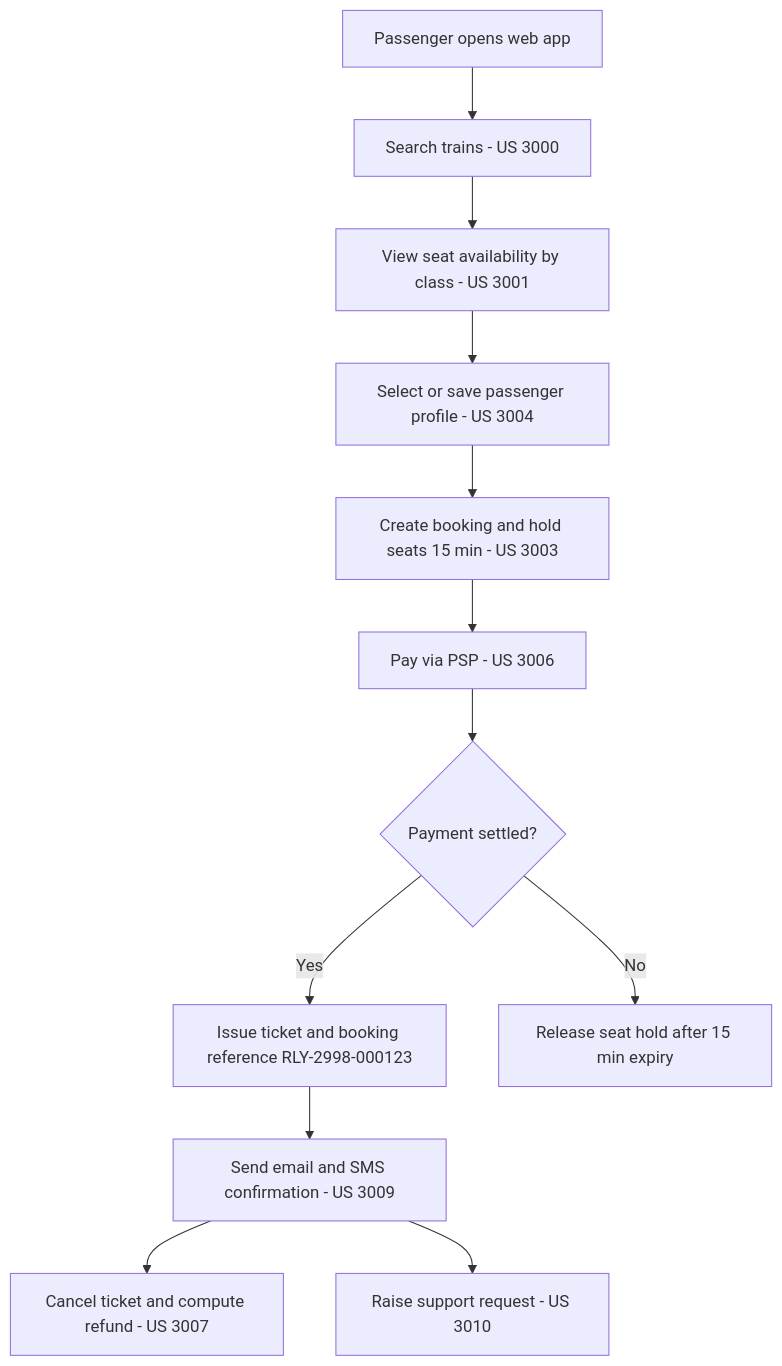
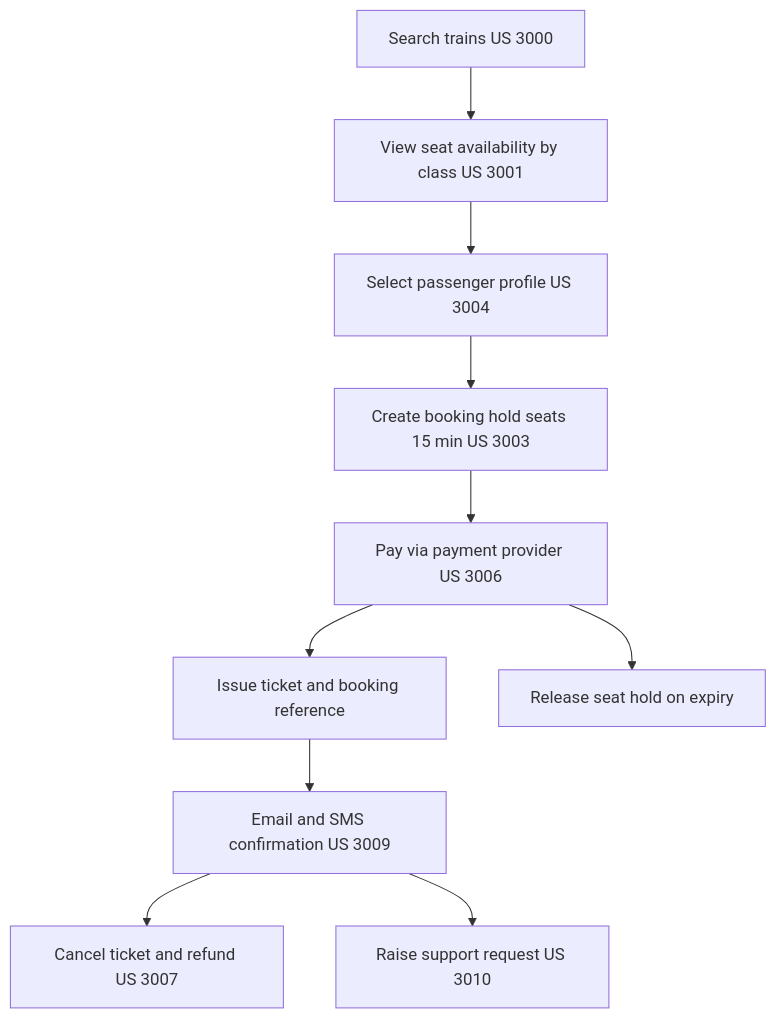
The diagram in docs/architecture/epic-2998/high-level-flow.mmd (Mandeep-Kaur-Johar/sdlc-online-railway-ticketing-system), drawn with Mermaid before and after one commit.

Commit message:
docs: re-render high-level flow diagram for Epic 2998

```diff
--- a/docs/architecture/epic-2998/high-level-flow.mmd
+++ b/docs/architecture/epic-2998/high-level-flow.mmd
@@ -1,18 +1,17 @@
 flowchart TD
-    Start["Passenger opens web app"]
-    Search["Search trains - US 3000"]
-    Avail["View seat availability by class - US 3001"]
-    Profile["Select or save passenger profile - US 3004"]
-    Book["Create booking and hold seats 15 min - US 3003"]
-    Pay["Pay via PSP - US 3006"]
-    Decision{"Payment settled?"}
-    Ticket["Issue ticket and booking reference RLY-2998-000123"]
-    Release["Release seat hold after 15 min expiry"]
-    Notify["Send email and SMS confirmation - US 3009"]
-    Cancel["Cancel ticket and compute refund - US 3007"]
-    Support["Raise support request - US 3010"]
-    Start --> Search --> Avail --> Profile --> Book --> Pay --> Decision
-    Decision -->|Yes| Ticket --> Notify
-    Decision -->|No| Release
+    Search["Search trains US 3000"]
+    Avail["View seat availability by class US 3001"]
+    Profile["Select passenger profile US 3004"]
+    Book["Create booking hold seats 15 min US 3003"]
+    Pay["Pay via payment provider US 3006"]
+    Ticket["Issue ticket and booking reference"]
+    Release["Release seat hold on expiry"]
+    Notify["Email and SMS confirmation US 3009"]
+    Cancel["Cancel ticket and refund US 3007"]
+    Support["Raise support request US 3010"]
+    Search --> Avail --> Profile --> Book --> Pay
+    Pay --> Ticket
+    Pay --> Release
+    Ticket --> Notify
     Notify --> Cancel
     Notify --> Support
```
